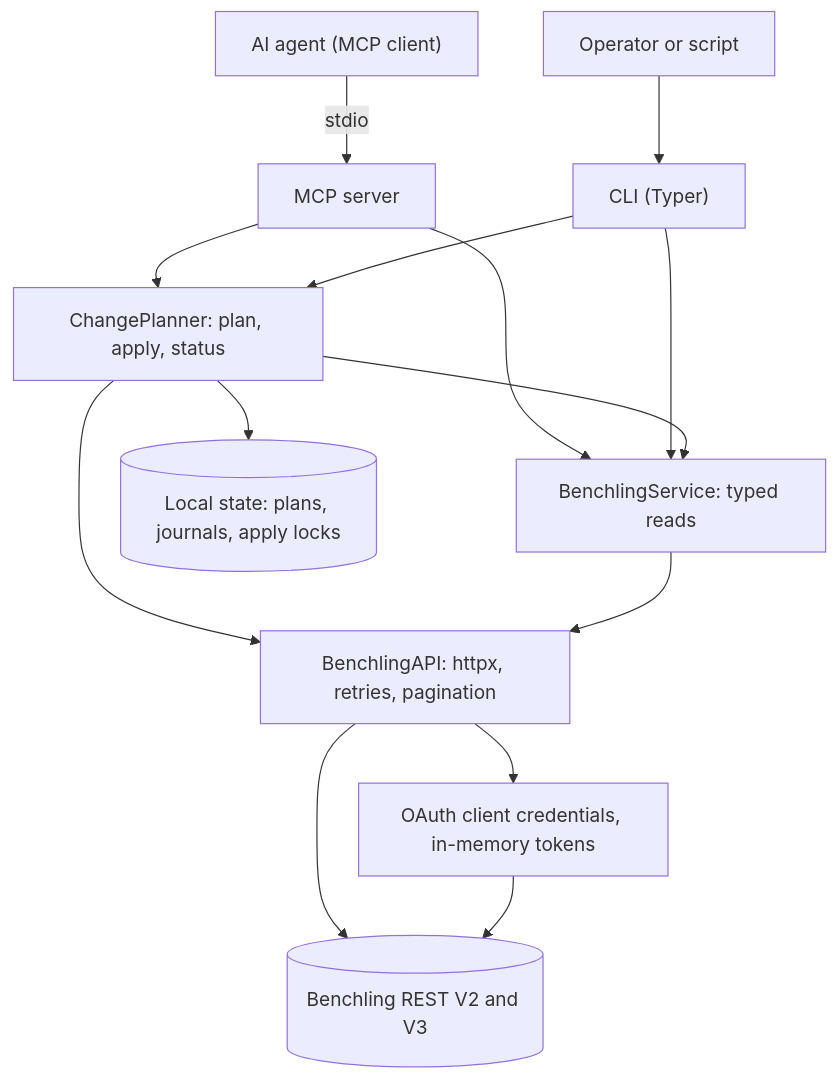
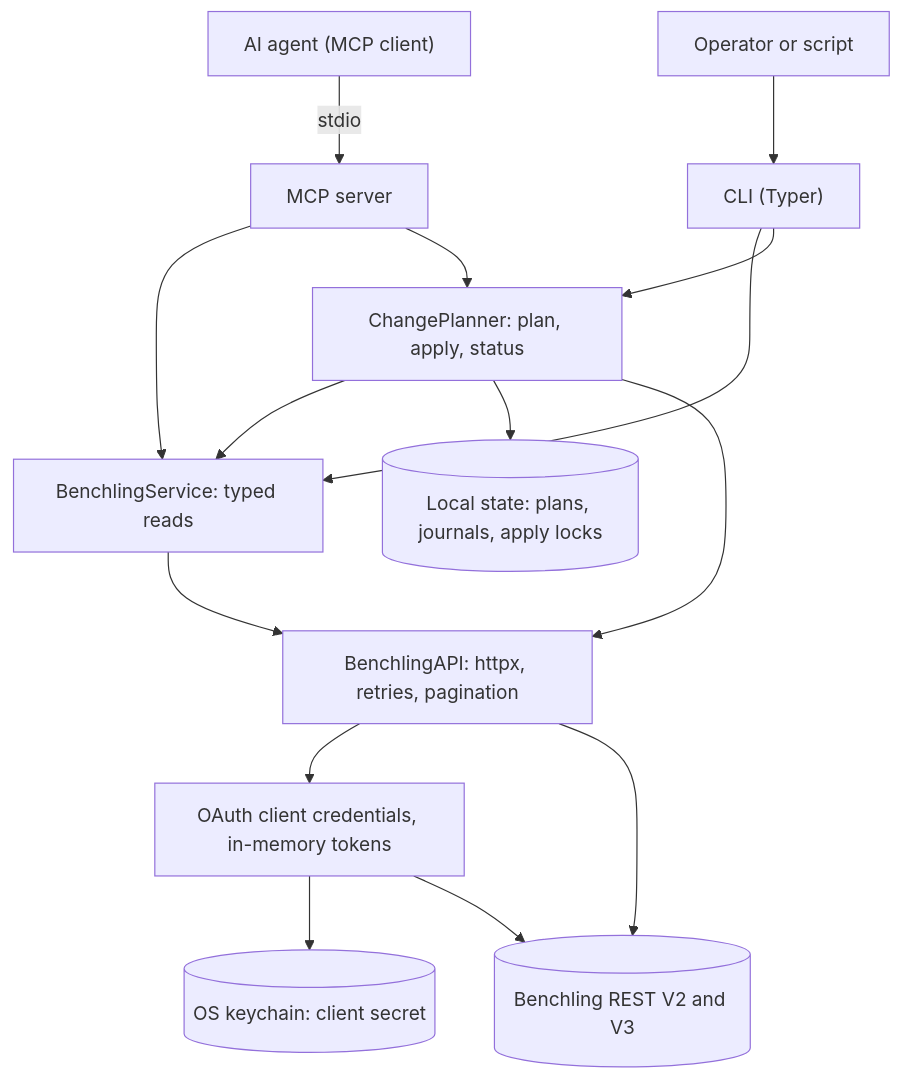
Before and after one commit to jmamodeo/benchling-cli: the diagram in README.md, drawn with Mermaid. The commit also changed other lines of this file and 31 other files, not shown here.

````diff
--- a/README.md
+++ b/README.md
@@ -261,16 +269,17 @@
 ```mermaid
 flowchart TD
     Agent["AI agent (MCP client)"] -->|stdio| MCP["MCP server"]
     Operator["Operator or script"] --> CLI["CLI (Typer)"]
     MCP --> SVC["BenchlingService: typed reads"]
     CLI --> SVC
     MCP --> PLANNER["ChangePlanner: plan, apply, status"]
     CLI --> PLANNER
     PLANNER --> SVC
     PLANNER --> STORE[("Local state: plans, journals, apply locks")]
     PLANNER --> API["BenchlingAPI: httpx, retries, pagination"]
     SVC --> API
     API --> AUTH["OAuth client credentials, in-memory tokens"]
+    AUTH --> KEY[("OS keychain: client secret")]
     API --> BENCHLING[("Benchling REST V2 and V3")]
     AUTH --> BENCHLING
 ```
````
